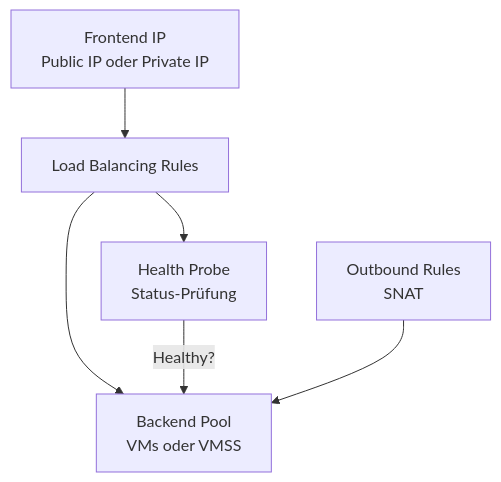
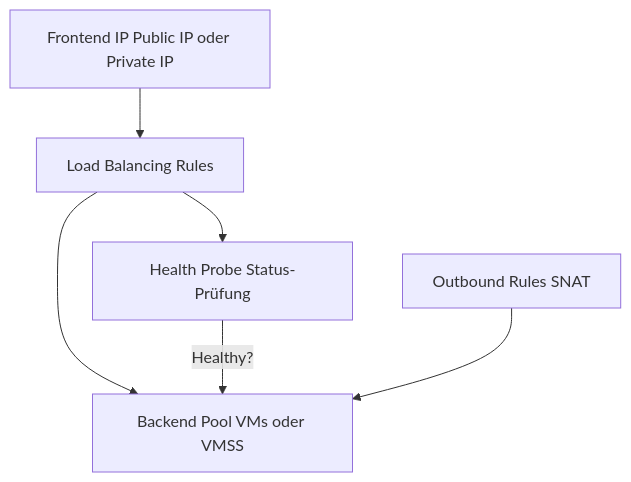
One commit to SoniiiT/notes-n-docs changed the second of 5 diagrams in Microsoft 365/Azure/Netzwerk/Azure Load Balancer.md. Above: the diagram before and after it, drawn with Mermaid. The commit also changed other lines of this file and 124 other files, not shown here.

First line of the commit message:
fix: Entferne \n aus allen Mermaid-Diagrammen (125 Dateien)

````diff
--- a/Microsoft 365/Azure/Netzwerk/Azure Load Balancer.md
+++ b/Microsoft 365/Azure/Netzwerk/Azure Load Balancer.md
@@ -82,8 +82,8 @@
 ```mermaid
 graph TD
-    FE[Frontend IP\nPublic IP oder Private IP] --> LBR[Load Balancing Rules]
-    LBR --> HP[Health Probe\nStatus-Prüfung]
-    LBR --> BP[Backend Pool\nVMs oder VMSS]
+    FE[Frontend IP Public IP oder Private IP] --> LBR[Load Balancing Rules]
+    LBR --> HP[Health Probe Status-Prüfung]
+    LBR --> BP[Backend Pool VMs oder VMSS]
     HP -->|Healthy?| BP
-    OR[Outbound Rules\nSNAT] --> BP
+    OR[Outbound Rules SNAT] --> BP
 ```
````
